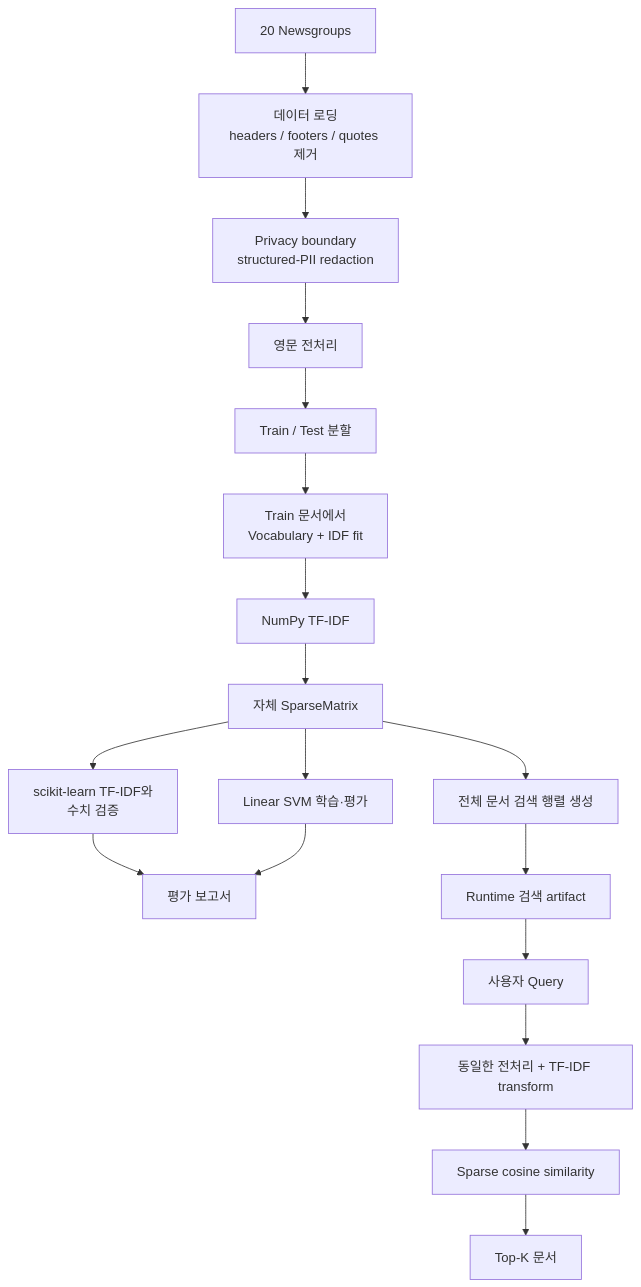
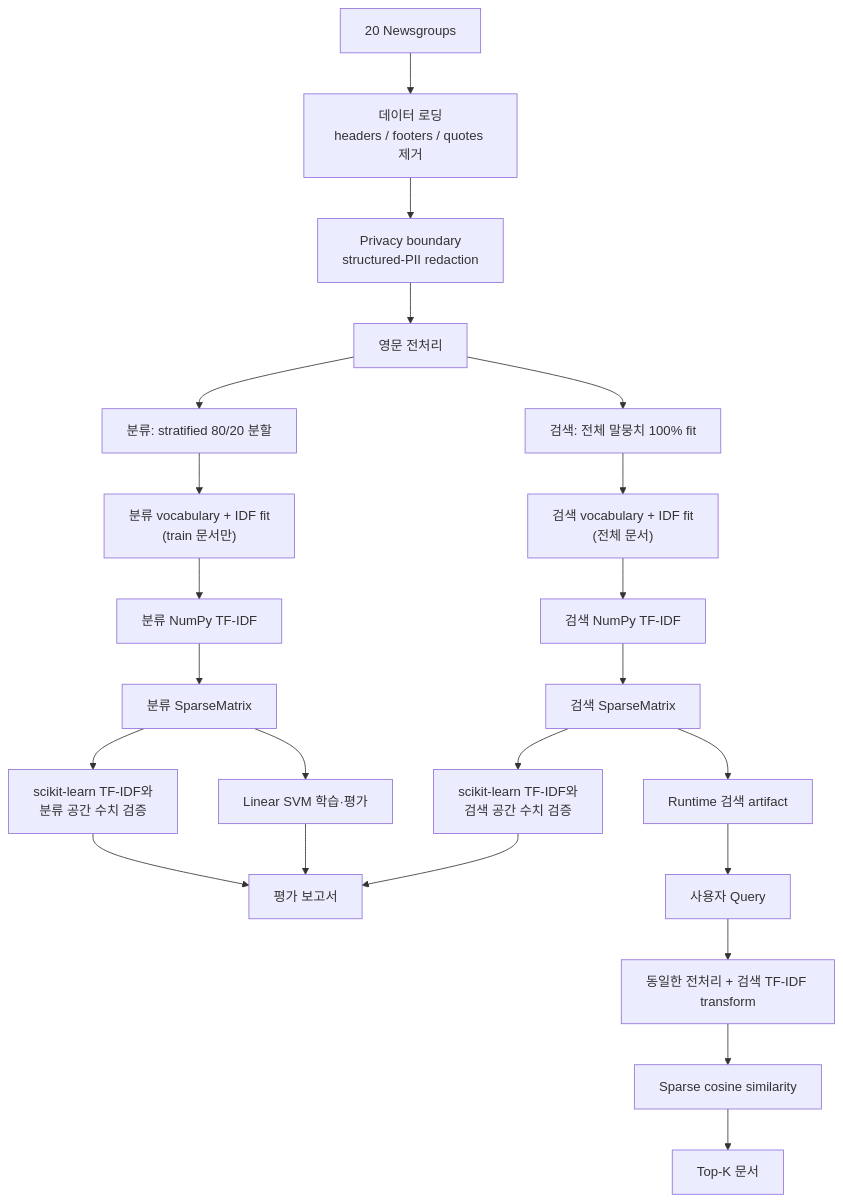
One commit to shannonlee-dev/document-retrieval-classification-system changed the diagram in README.md. Above: the diagram before and after it, drawn with Mermaid. The commit also changed other lines of this file and 11 other files, not shown here.

````diff
--- a/README.md
+++ b/README.md
@@ -25,20 +25,25 @@
 ```mermaid
 flowchart TD
     A["20 Newsgroups"] --> B["데이터 로딩<br/>headers / footers / quotes 제거"]
     B --> C["Privacy boundary<br/>structured-PII redaction"]
     C --> D["영문 전처리"]
-    D --> E["Train / Test 분할"]
-    E --> F["Train 문서에서<br/>Vocabulary + IDF fit"]
-    F --> G["NumPy TF-IDF"]
-    G --> H["자체 SparseMatrix"]
-    H --> I["scikit-learn TF-IDF와<br/>수치 검증"]
-    H --> J["Linear SVM 학습·평가"]
-    H --> K["전체 문서 검색 행렬 생성"]
-    I --> L["평가 보고서"]
-    J --> L
-    K --> M["Runtime 검색 artifact"]
-    M --> N["사용자 Query"]
-    N --> O["동일한 전처리 + TF-IDF transform"]
-    O --> P["Sparse cosine similarity"]
-    P --> Q["Top-K 문서"]
+    D --> E["분류: stratified 80/20 분할"]
+    D --> F["검색: 전체 말뭉치 100% fit"]
+    E --> G["분류 vocabulary + IDF fit<br/>(train 문서만)"]
+    F --> H["검색 vocabulary + IDF fit<br/>(전체 문서)"]
+    G --> I["분류 NumPy TF-IDF"]
+    H --> J["검색 NumPy TF-IDF"]
+    I --> K["분류 SparseMatrix"]
+    J --> L["검색 SparseMatrix"]
+    K --> M["scikit-learn TF-IDF와<br/>분류 공간 수치 검증"]
+    L --> N["scikit-learn TF-IDF와<br/>검색 공간 수치 검증"]
+    K --> O["Linear SVM 학습·평가"]
+    M --> P["평가 보고서"]
+    N --> P
+    O --> P
+    L --> Q["Runtime 검색 artifact"]
+    Q --> R["사용자 Query"]
+    R --> S["동일한 전처리 + 검색 TF-IDF transform"]
+    S --> T["Sparse cosine similarity"]
+    T --> U["Top-K 문서"]
 ```
````
